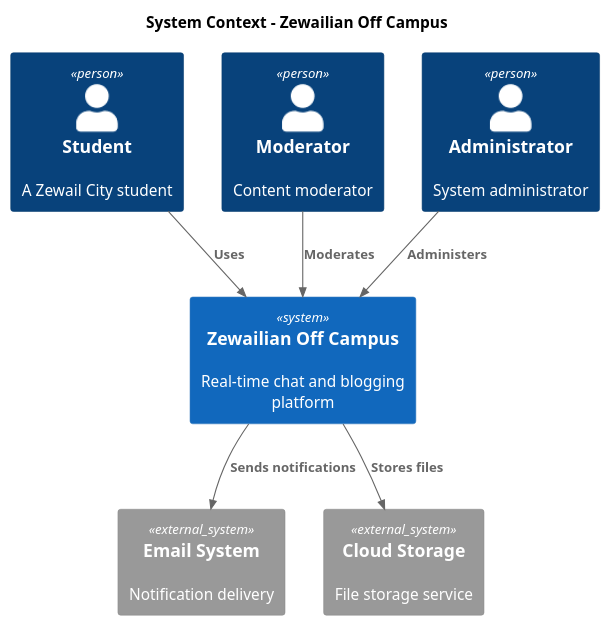
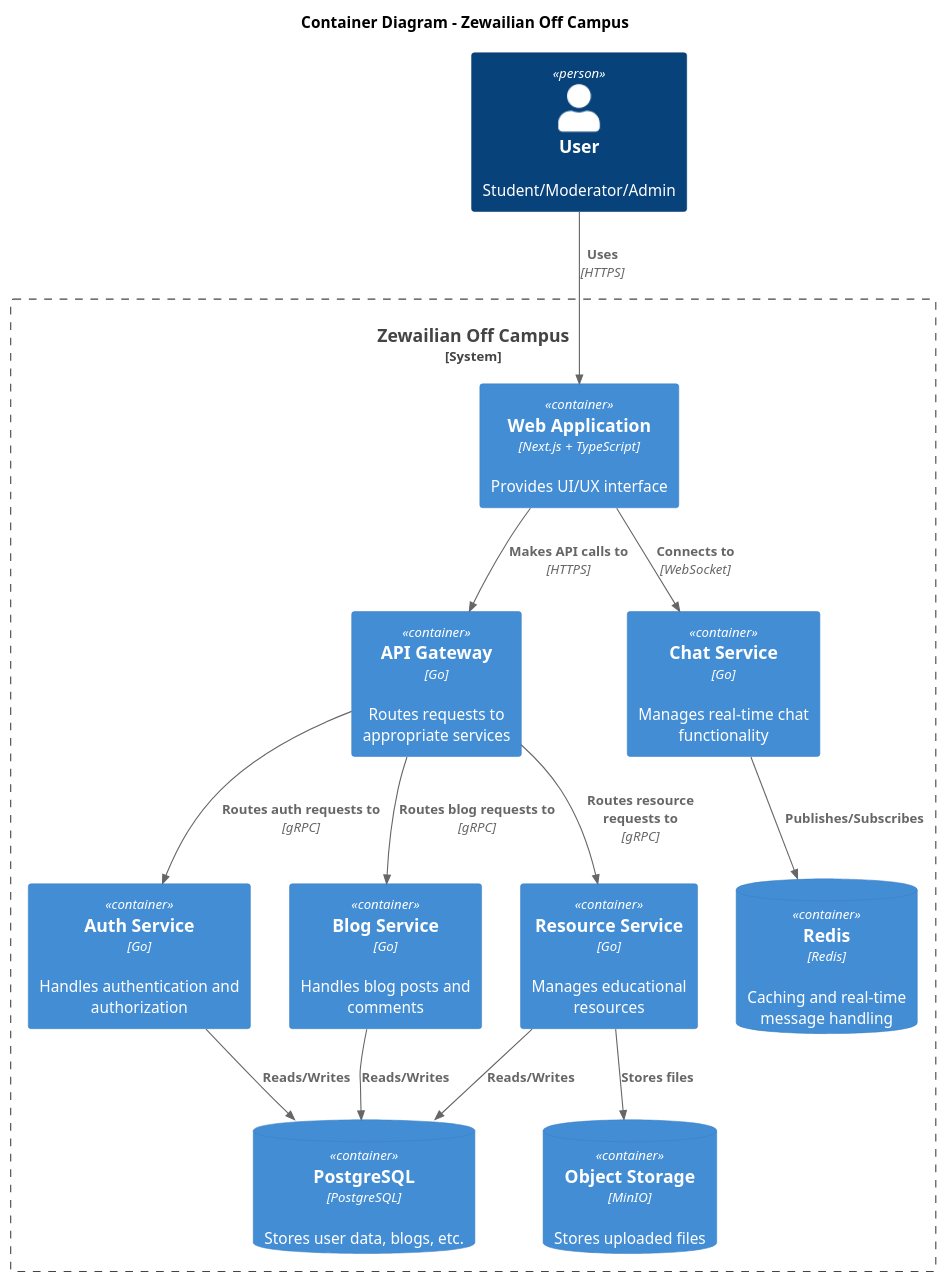
The diagram in docs/design/C4/c4_diagram_1.puml (Noureqo1/go-zewailian-off-campus), drawn with PlantUML before and after one commit. The commit also changed 3 other files, not shown here.

```diff
--- a/docs/design/C4/c4_diagram_1.puml
+++ b/docs/design/C4/c4_diagram_1.puml
@@ -1,21 +1,38 @@
-@startuml Context Diagram
-!include https://raw.githubusercontent.com/plantuml-stdlib/C4-PlantUML/master/C4_Context.puml
+@startuml Container Diagram
+!include https://raw.githubusercontent.com/plantuml-stdlib/C4-PlantUML/master/C4_Container.puml
 
-title System Context - Zewailian Off Campus
+title Container Diagram - Zewailian Off Campus
 
-Person(student, "Student", "A Zewail City student")
-Person(moderator, "Moderator", "Content moderator")
-Person(admin, "Administrator", "System administrator")
+Person(user, "User", "Student/Moderator/Admin")
 
-System(zoc, "Zewailian Off Campus", "Real-time chat and blogging platform")
+System_Boundary(zoc_boundary, "Zewailian Off Campus") {
+    Container(web_app, "Web Application", "Next.js + TypeScript", "Provides UI/UX interface")
+    
+    Container(api_gateway, "API Gateway", "Go", "Routes requests to appropriate services")
+    
+    Container(auth_service, "Auth Service", "Go", "Handles authentication and authorization")
+    Container(chat_service, "Chat Service", "Go", "Manages real-time chat functionality")
+    Container(blog_service, "Blog Service", "Go", "Handles blog posts and comments")
+    Container(resource_service, "Resource Service", "Go", "Manages educational resources")
+    
+    ContainerDb(postgres, "PostgreSQL", "PostgreSQL", "Stores user data, blogs, etc.")
+    ContainerDb(redis, "Redis", "Redis", "Caching and real-time message handling")
+    
+    ContainerDb(object_storage, "Object Storage", "MinIO", "Stores uploaded files")
+}
 
-System_Ext(email, "Email System", "Notification delivery")
-System_Ext(storage, "Cloud Storage", "File storage service")
+Rel(user, web_app, "Uses", "HTTPS")
+Rel(web_app, api_gateway, "Makes API calls to", "HTTPS")
+Rel(web_app, chat_service, "Connects to", "WebSocket")
 
-Rel(student, zoc, "Uses")
-Rel(moderator, zoc, "Moderates")
-Rel(admin, zoc, "Administers")
-Rel(zoc, email, "Sends notifications")
-Rel(zoc, storage, "Stores files")
+Rel(api_gateway, auth_service, "Routes auth requests to", "gRPC")
+Rel(api_gateway, blog_service, "Routes blog requests to", "gRPC")
+Rel(api_gateway, resource_service, "Routes resource requests to", "gRPC")
+
+Rel(auth_service, postgres, "Reads/Writes")
+Rel(blog_service, postgres, "Reads/Writes")
+Rel(resource_service, postgres, "Reads/Writes")
+Rel(chat_service, redis, "Publishes/Subscribes")
+Rel(resource_service, object_storage, "Stores files")
 
 @enduml
```
